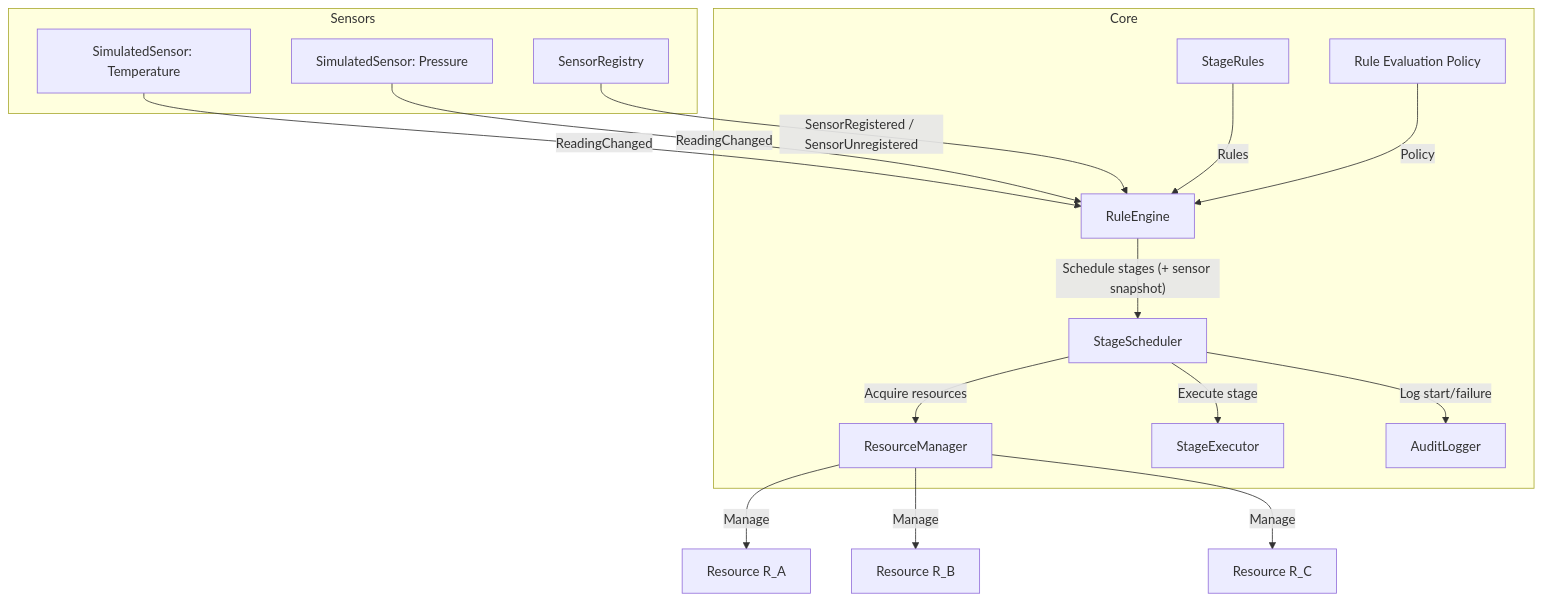
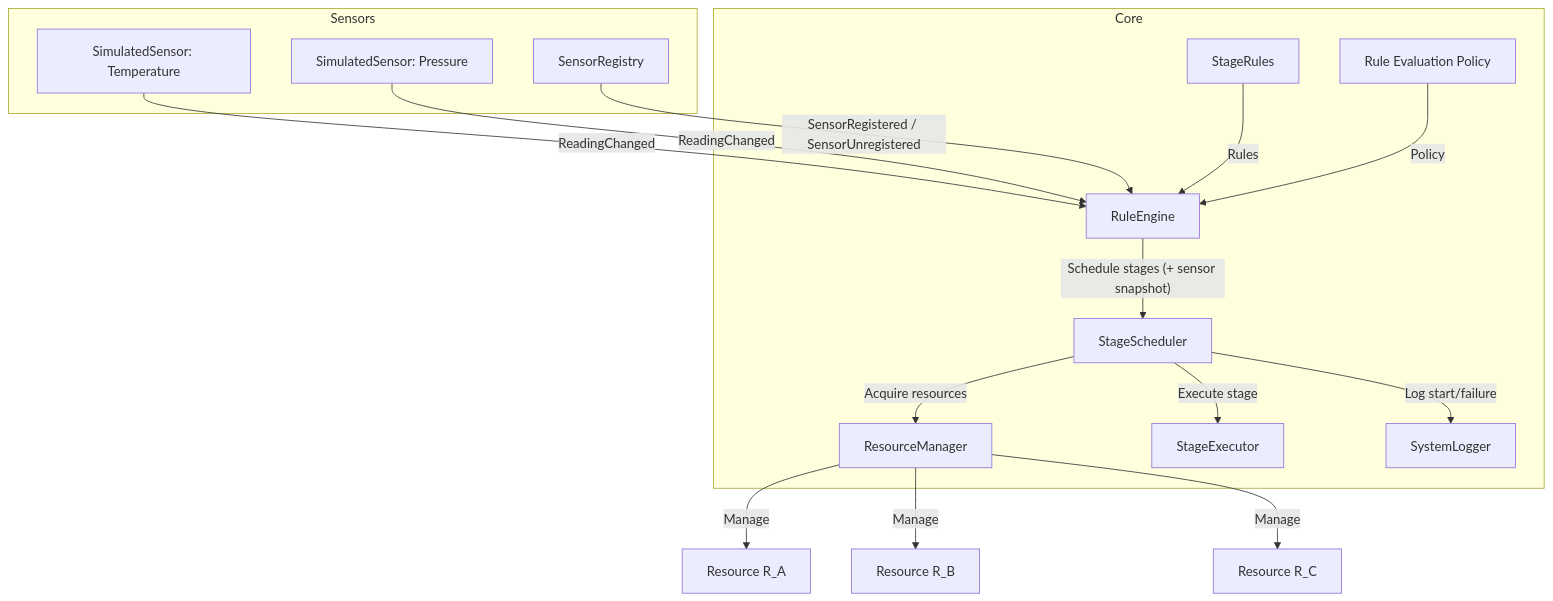
One commit to GopiKrishnaGummadidala/nova-sentronics-exercise changed the diagram in docs/architecture.md. Above: the diagram before and after it, drawn with Mermaid. The commit also changed other lines of this file and 15 other files, not shown here.

````diff
--- a/docs/architecture.md
+++ b/docs/architecture.md
@@ -135,34 +140,34 @@
 ```mermaid
 flowchart TB
     subgraph Sensors
         S1[SimulatedSensor: Temperature]
         S2[SimulatedSensor: Pressure]
         SR[SensorRegistry]
     end
 
     subgraph Core
         RE[RuleEngine]
         RP[Rule Evaluation Policy]
         RR[StageRules]
         SS[StageScheduler]
         RM[ResourceManager]
         SE[StageExecutor]
-        AL[AuditLogger]
+        AL[SystemLogger]
     end
 
     S1 -->|ReadingChanged| RE
     S2 -->|ReadingChanged| RE
     SR -->|"SensorRegistered / SensorUnregistered"| RE
 
     RR -->|Rules| RE
     RP -->|Policy| RE
 
     RE -->|"Schedule stages (+ sensor snapshot)"| SS
     SS -->|Acquire resources| RM
     SS -->|Execute stage| SE
     SS -->|Log start/failure| AL
 
     RM -->|Manage| RA[Resource R_A]
     RM -->|Manage| RB[Resource R_B]
     RM -->|Manage| RC[Resource R_C]
 ```
````
